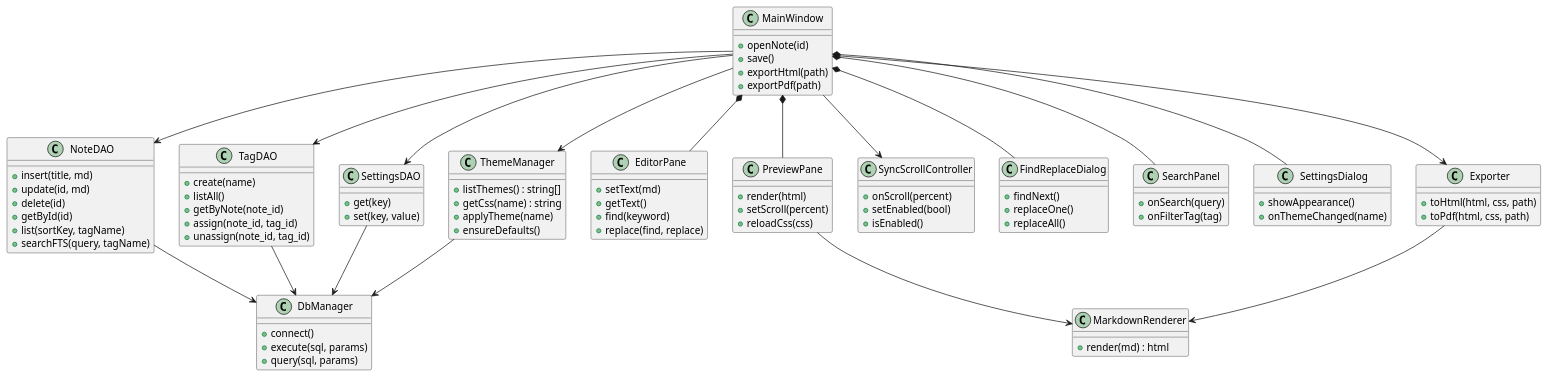
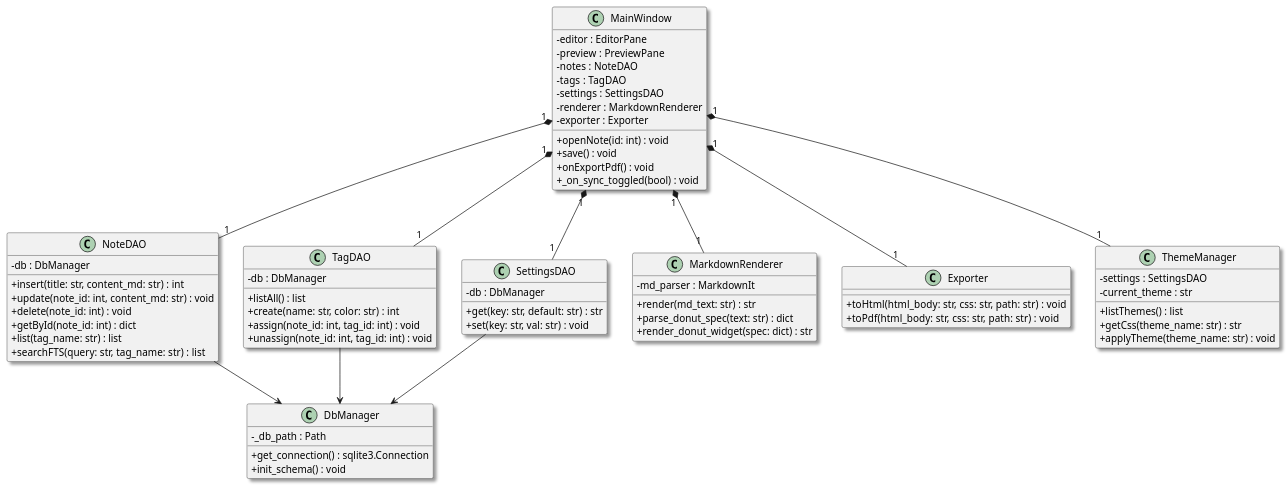
One commit to dotlinux26/marknote changed the diagram in docs/diagrams/lop.puml. Above: the diagram before and after it, drawn with PlantUML. The commit also changed 28 other files, not shown here.

Commit message:
docs: complete PlantUML diagrams and comprehensive academic report matching HaUI standard

```diff
--- a/docs/diagrams/lop.puml
+++ b/docs/diagrams/lop.puml
@@ -1,92 +1,81 @@
 @startuml
+skinparam defaultFontName "Segoe UI"
+skinparam classAttributeIconSize 0
+skinparam shadowing true
+
 class DbManager {
-  +connect()
-  +execute(sql, params)
-  +query(sql, params)
-}
-class NoteDAO {
-  +insert(title, md)
-  +update(id, md)
-  +delete(id)
-  +getById(id)
-  +list(sortKey, tagName)
-  +searchFTS(query, tagName)
-}
-class TagDAO {
-  +create(name)
-  +listAll()
-  +getByNote(note_id)
-  +assign(note_id, tag_id)
-  +unassign(note_id, tag_id)
-}
-class SettingsDAO {
-  +get(key)
-  +set(key, value)
-}
-class MarkdownRenderer {
-  +render(md) : html
-}
-class ThemeManager {
-  +listThemes() : string[]
-  +getCss(name) : string
-  +applyTheme(name)
-  +ensureDefaults()
-}
-class MainWindow {
-  +openNote(id)
-  +save()
-  +exportHtml(path)
-  +exportPdf(path)
-}
-class EditorPane {
-  +setText(md)
-  +getText()
-  +find(keyword)
-  +replace(find, replace)
-}
-class PreviewPane {
-  +render(html)
-  +setScroll(percent)
-  +reloadCss(css)
-}
-class SyncScrollController {
-  +onScroll(percent)
-  +setEnabled(bool)
-  +isEnabled()
-}
-class FindReplaceDialog {
-  +findNext()
-  +replaceOne()
-  +replaceAll()
-}
-class SearchPanel {
-  +onSearch(query)
-  +onFilterTag(tag)
-}
-class SettingsDialog {
-  +showAppearance()
-  +onThemeChanged(name)
-}
-class Exporter {
-  +toHtml(html, css, path)
-  +toPdf(html, css, path)
+  - _db_path : Path
+  + get_connection() : sqlite3.Connection
+  + init_schema() : void
 }
 
-MainWindow --> NoteDAO
-MainWindow --> TagDAO
-MainWindow --> SettingsDAO
-MainWindow *-- EditorPane
-MainWindow *-- PreviewPane
-MainWindow *-- FindReplaceDialog
-MainWindow *-- SearchPanel
-MainWindow *-- SettingsDialog
-MainWindow --> SyncScrollController
-MainWindow --> Exporter
-MainWindow --> ThemeManager
-PreviewPane --> MarkdownRenderer
-Exporter --> MarkdownRenderer
-ThemeManager --> DbManager
+class NoteDAO {
+  - db : DbManager
+  + insert(title: str, content_md: str) : int
+  + update(note_id: int, content_md: str) : void
+  + delete(note_id: int) : void
+  + getById(note_id: int) : dict
+  + list(tag_name: str) : list
+  + searchFTS(query: str, tag_name: str) : list
+}
+
+class TagDAO {
+  - db : DbManager
+  + listAll() : list
+  + create(name: str, color: str) : int
+  + assign(note_id: int, tag_id: int) : void
+  + unassign(note_id: int, tag_id: int) : void
+}
+
+class SettingsDAO {
+  - db : DbManager
+  + get(key: str, default: str) : str
+  + set(key: str, val: str) : void
+}
+
+class MarkdownRenderer {
+  - md_parser : MarkdownIt
+  + render(md_text: str) : str
+  + parse_donut_spec(text: str) : dict
+  + render_donut_widget(spec: dict) : str
+}
+
+class Exporter {
+  + toHtml(html_body: str, css: str, path: str) : void
+  + toPdf(html_body: str, css: str, path: str) : void
+}
+
+class ThemeManager {
+  - settings : SettingsDAO
+  - current_theme : str
+  + listThemes() : list
+  + getCss(theme_name: str) : str
+  + applyTheme(theme_name: str) : void
+}
+
+class MainWindow {
+  - editor : EditorPane
+  - preview : PreviewPane
+  - notes : NoteDAO
+  - tags : TagDAO
+  - settings : SettingsDAO
+  - renderer : MarkdownRenderer
+  - exporter : Exporter
+  + openNote(id: int) : void
+  + save() : void
+  + onExportPdf() : void
+  + _on_sync_toggled(bool) : void
+}
+
+MainWindow "1" *-- "1" NoteDAO
+MainWindow "1" *-- "1" TagDAO
+MainWindow "1" *-- "1" SettingsDAO
+MainWindow "1" *-- "1" MarkdownRenderer
+MainWindow "1" *-- "1" Exporter
+MainWindow "1" *-- "1" ThemeManager
+
 NoteDAO --> DbManager
 TagDAO --> DbManager
 SettingsDAO --> DbManager
+
 @enduml
```
